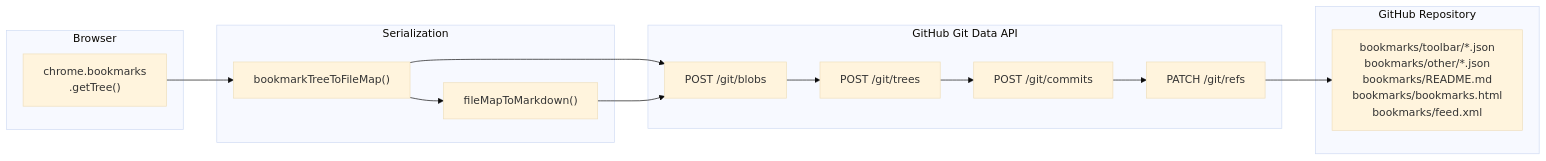
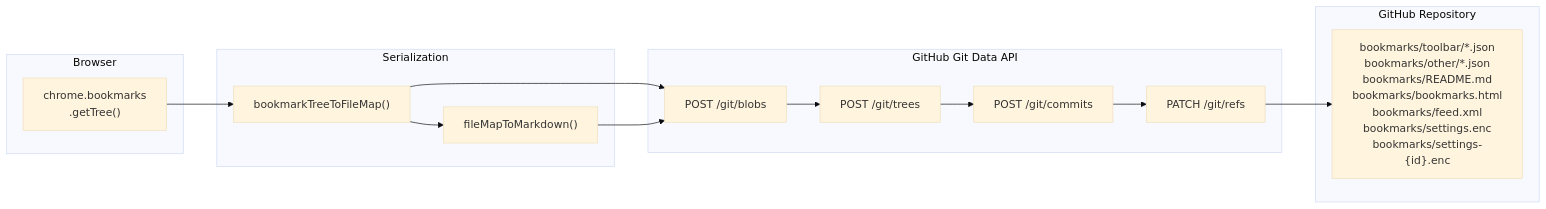
One commit to d0dg3r/GitSyncMarks changed the first of 2 diagrams in docs/DATA-FLOW.md. Above: the diagram before and after it, drawn with Mermaid (base theme). The commit also changed other lines of this file and 17 other files, not shown here.

````diff
--- a/docs/DATA-FLOW.md
+++ b/docs/DATA-FLOW.md
@@ -9,31 +9,31 @@
 ```mermaid
 flowchart LR
     subgraph Browser
         BM["chrome.bookmarks\n.getTree()"]
     end
 
     subgraph Serialization
         FM["bookmarkTreeToFileMap()"]
         MD["fileMapToMarkdown()"]
     end
 
     subgraph GitDataAPI["GitHub Git Data API"]
         Blobs["POST /git/blobs"]
         Tree["POST /git/trees"]
         Commit["POST /git/commits"]
         Ref["PATCH /git/refs"]
     end
 
     subgraph Repo["GitHub Repository"]
-        Files["bookmarks/toolbar/*.json\nbookmarks/other/*.json\nbookmarks/README.md\nbookmarks/bookmarks.html\nbookmarks/feed.xml"]
+        Files["bookmarks/toolbar/*.json\nbookmarks/other/*.json\nbookmarks/README.md\nbookmarks/bookmarks.html\nbookmarks/feed.xml\nbookmarks/settings.enc\nbookmarks/settings-{id}.enc"]
     end
 
     BM --> FM
     FM --> MD
     FM --> Blobs
     MD --> Blobs
     Blobs --> Tree
     Tree --> Commit
     Commit --> Ref
     Ref --> Files
 ```
````
